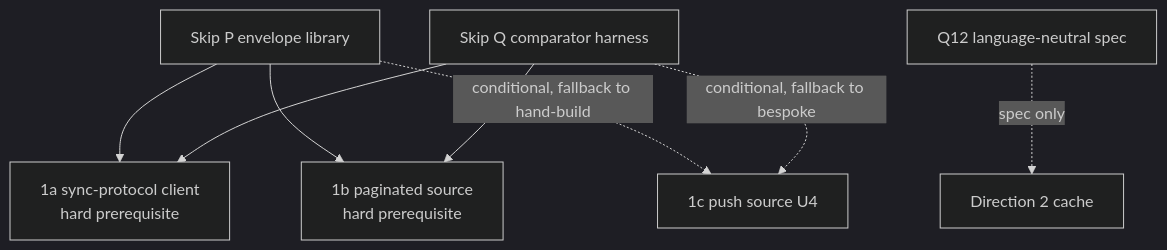
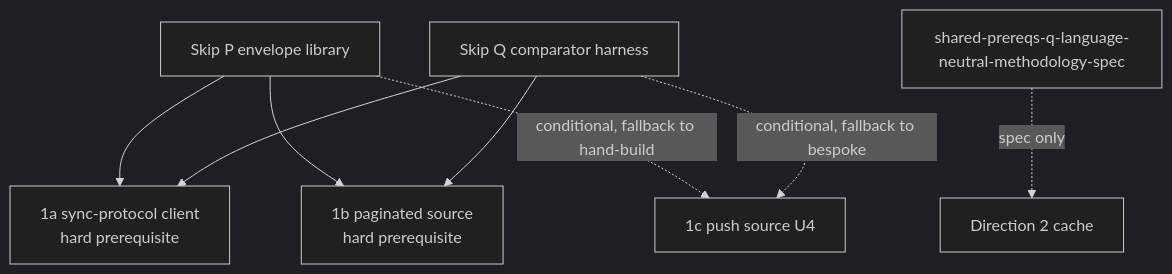
One commit to billf/skip changed the diagram in docs/plans/2026-09-14-skip-shared-prerequisites-plan.md. Above: the diagram before and after it, drawn with Mermaid (dark theme). The commit also changed 9 other files, not shown here.

````diff
--- a/docs/plans/2026-09-14-skip-shared-prerequisites-plan.md
+++ b/docs/plans/2026-09-14-skip-shared-prerequisites-plan.md
@@ -19,10 +19,10 @@
 ```mermaid
 graph TD
     P[Skip P envelope library] --> A1[1a sync-protocol client<br/>hard prerequisite]
     P --> B1[1b paginated source<br/>hard prerequisite]
     P -. conditional, fallback to hand-build .-> C1[1c push source U4]
     Q[Skip Q comparator harness] --> A1
     Q --> B1
     Q -. conditional, fallback to bespoke .-> C1
-    Q12[Q12 language-neutral spec] -. spec only .-> D2[Direction 2 cache]
+    SPEC[shared-prereqs-q-language-neutral-methodology-spec] -. spec only .-> D2[Direction 2 cache]
 ```
````
